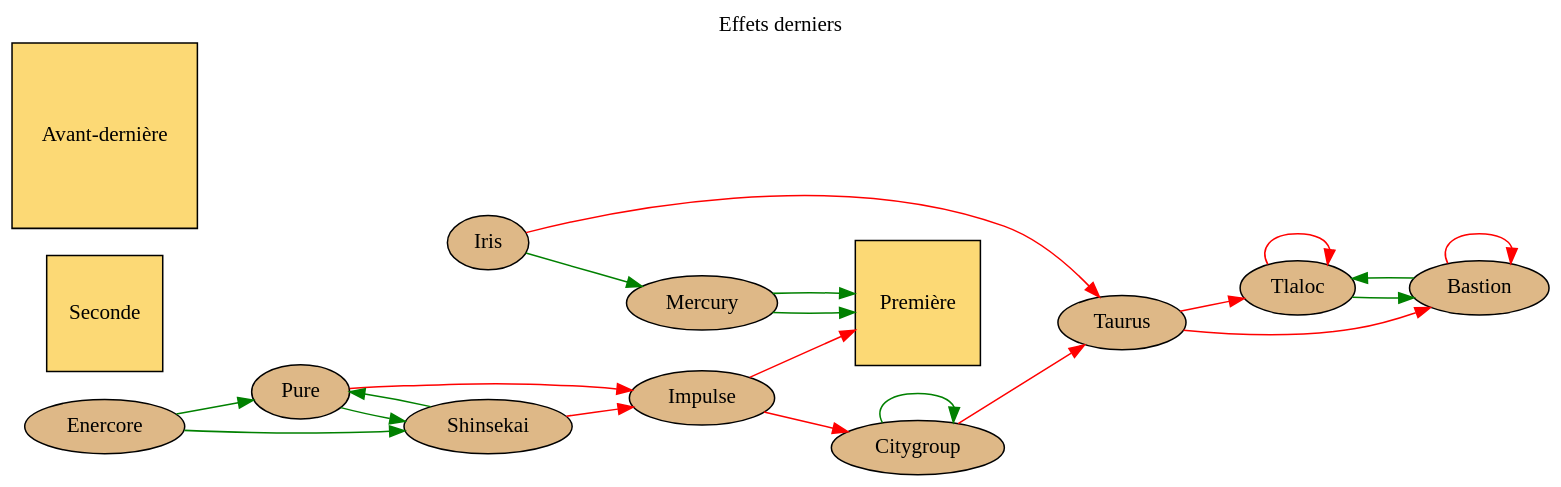
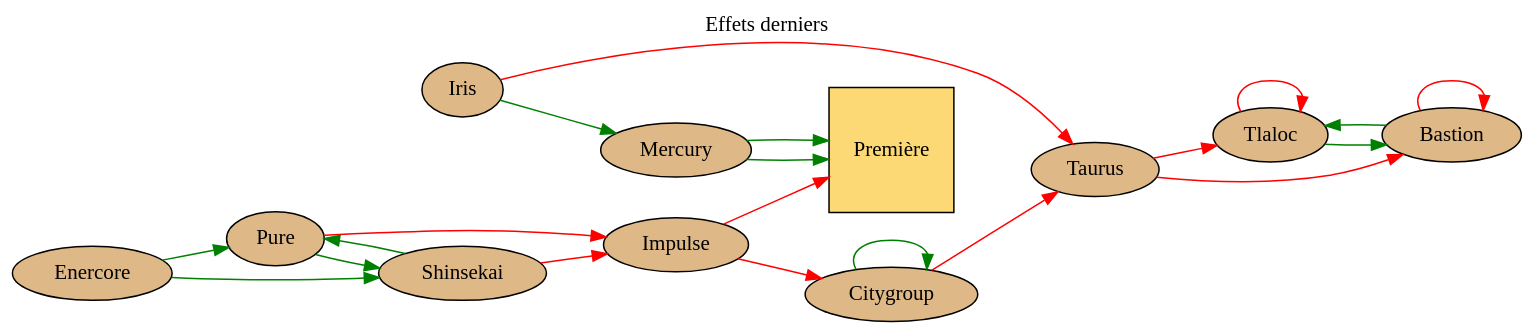
The diagram in data/cities/detroit/graphviz/last.dot (Neamar/corporate), drawn with Graphviz before and after one commit.

```diff
--- a/data/cities/detroit/graphviz/last.dot
+++ b/data/cities/detroit/graphviz/last.dot
@@ -1,55 +1,54 @@
 # dot -T svg data/cities/detroit/graphviz/last.dot > website/static/graphviz/detroit/last.svg
 digraph g{
 	graph [
 		rankdir = "LR"
 		bgcolor=transparent
 	];
 	// title
 	labelloc="t";
 	label="Effets derniers";
 
 	premier [shape=square, fillcolor="#FCD975", style="filled", label="Première"];
-	second [shape=square, fillcolor="#FCD975", style="filled", label="Seconde"];
-	avantdernier [shape=square, fillcolor="#FCD975", style="filled", label="Avant-dernière"];
+
 
 	tlaloc [shape=ellipse, fillcolor="burlywood", style="filled", label="Tlaloc"];
 	bastion [shape=ellipse, fillcolor="burlywood", style="filled", label="Bastion"];
 	citygroup [shape=ellipse, fillcolor="burlywood", style="filled", label="Citygroup"];
 	enercore [shape=ellipse, fillcolor="burlywood", style="filled", label="Enercore"];
 	iris [shape=ellipse, fillcolor="burlywood",style="filled", label="Iris"];
 	mercury [shape=ellipse, fillcolor="burlywood", style="filled", label="Mercury"];
 	pure [shape=ellipse, fillcolor="burlywood", style="filled", label="Pure"];
 	impulse [shape=ellipse, fillcolor="burlywood", style="filled", label="Impulse"];
 	shinsekai [shape=ellipse, fillcolor="burlywood", style="filled", label="Shinsekai"];
 	taurus [shape=ellipse, fillcolor="burlywood", style="filled", label="Taurus"];
 
 	taurus -> bastion [color="red"];
 	taurus -> tlaloc [color="red"];
 
 	bastion -> tlaloc [color="green"];
 	bastion -> bastion [color="red"];
 
 	tlaloc -> tlaloc [color="red"];
 	tlaloc -> bastion [color="green"];
 
 	citygroup-> taurus [color="red"];
 	citygroup-> citygroup [color="green"];
 
 	enercore -> pure [color="green"];
 	enercore -> shinsekai [color="green"];
 
 	shinsekai -> pure [color="green"];
 	shinsekai -> impulse [color="red"];
 
 	impulse -> premier [color="red"];
 	impulse -> citygroup [color="red"];
 
 	pure -> shinsekai [color="green"];
 	pure -> impulse [color="red"];
 
 	mercury -> premier [color="green"];
 	mercury -> premier [color="green"];
 
 	iris -> taurus [color="red"];
 	iris -> mercury [color="green"];
 }
```
